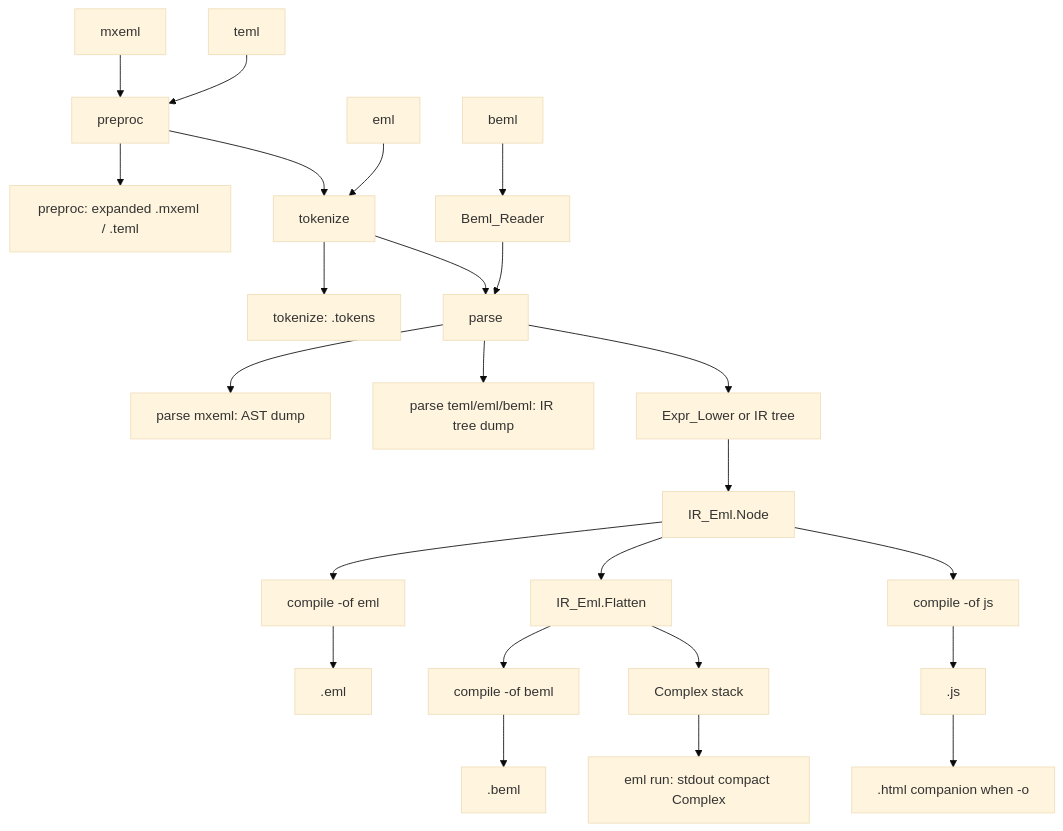
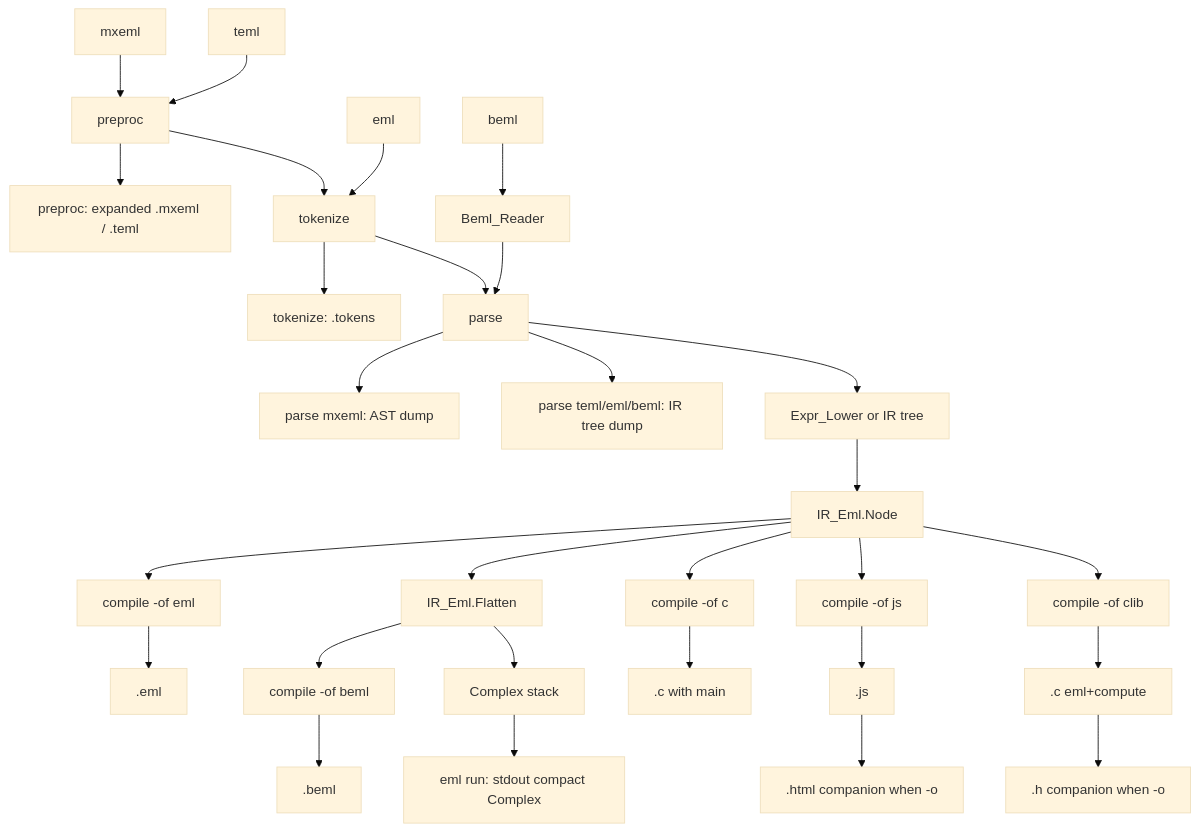
The diagram in README.md (sanelli/eml), drawn with Mermaid (base theme) before and after one commit. The commit also changed other lines of this file and 13 other files, not shown here.

First line of the commit message:
Add compile -of c and clib: C backends with complex.h.

````diff
--- a/README.md
+++ b/README.md
@@ -47,26 +47,31 @@
 ```mermaid
 flowchart TD
   mxeml[mxeml] --> preproc
   teml[teml] --> preproc
   preproc --> preprocOut["preproc: expanded .mxeml / .teml"]
   preproc --> tokenize
   eml[eml] --> tokenize
   tokenize --> tokensOut["tokenize: .tokens"]
   tokenize --> parse
   beml[beml] --> bemlRead[Beml_Reader]
   bemlRead --> parse
   parse --> parseMx["parse mxeml: AST dump"]
   parse --> parseIr["parse teml/eml/beml: IR tree dump"]
   parse --> lowerOrIR[Expr_Lower or IR tree]
   lowerOrIR --> irNode[IR_Eml.Node]
   irNode --> writeEml["compile -of eml"]
   writeEml --> emlFile[.eml]
   irNode --> flatten[IR_Eml.Flatten]
   flatten --> writeBeml["compile -of beml"]
   writeBeml --> bemlFile[.beml]
   irNode --> writeJs["compile -of js"]
   writeJs --> jsFile[.js]
   jsFile --> htmlFile[".html companion when -o"]
+  irNode --> writeC["compile -of c"]
+  writeC --> cMain[".c with main"]
+  irNode --> writeClib["compile -of clib"]
+  writeClib --> cLib[".c eml+compute"]
+  cLib --> cHdr[".h companion when -o"]
   flatten --> stack[Complex stack]
   stack --> stdout["eml run: stdout compact Complex"]
 ```
````
